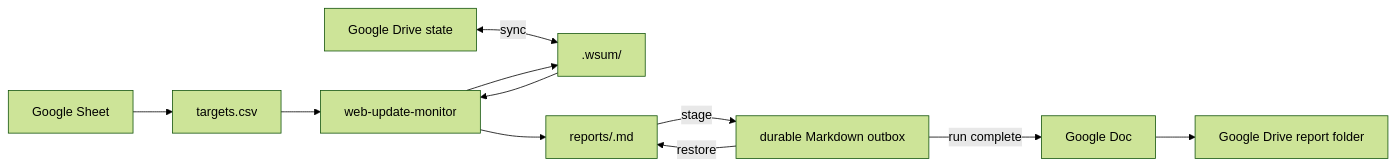
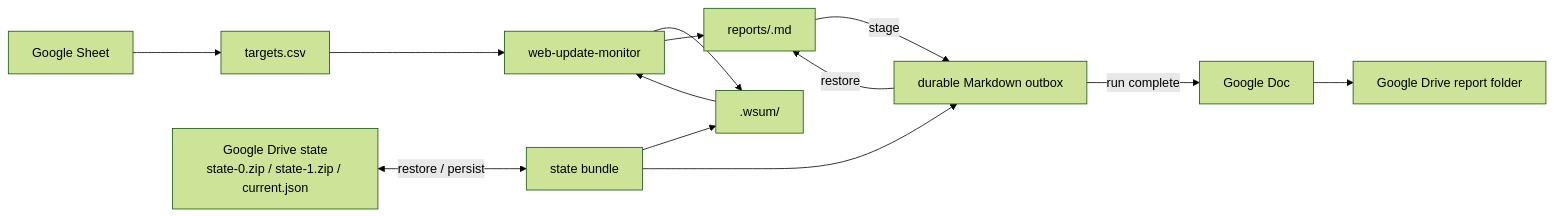
One commit to dceoy/wsum changed the first of 2 diagrams in README.md. Above: the diagram before and after it, drawn with Mermaid (forest theme). The commit also changed other lines of this file, not shown here.

Commit message:
Document two-slot GWS state bundles

````diff
--- a/README.md
+++ b/README.md
@@ -23,13 +23,15 @@
 ```mermaid
 flowchart LR
     GS["Google Sheet"] --> CSV["targets.csv"]
-    DS["Google Drive state"] <-->|sync| STATE[".wsum/"]
+    DS["Google Drive state<br/>state-0.zip / state-1.zip / current.json"] <-->|restore / persist| BUNDLE["state bundle"]
+    BUNDLE --> STATE[".wsum/"]
+    BUNDLE --> OUT["durable Markdown outbox"]
     CSV --> CORE["web-update-monitor"]
     STATE --> CORE
     CORE --> STATE
     CORE --> REPORT["reports/<run-id>.md"]
-    OUT["durable Markdown outbox"] -->|restore| REPORT
+    OUT -->|restore| REPORT
     REPORT -->|stage| OUT
     OUT -->|run complete| GDOC["Google Doc"]
     GDOC --> DR["Google Drive report folder"]
 ```
````
